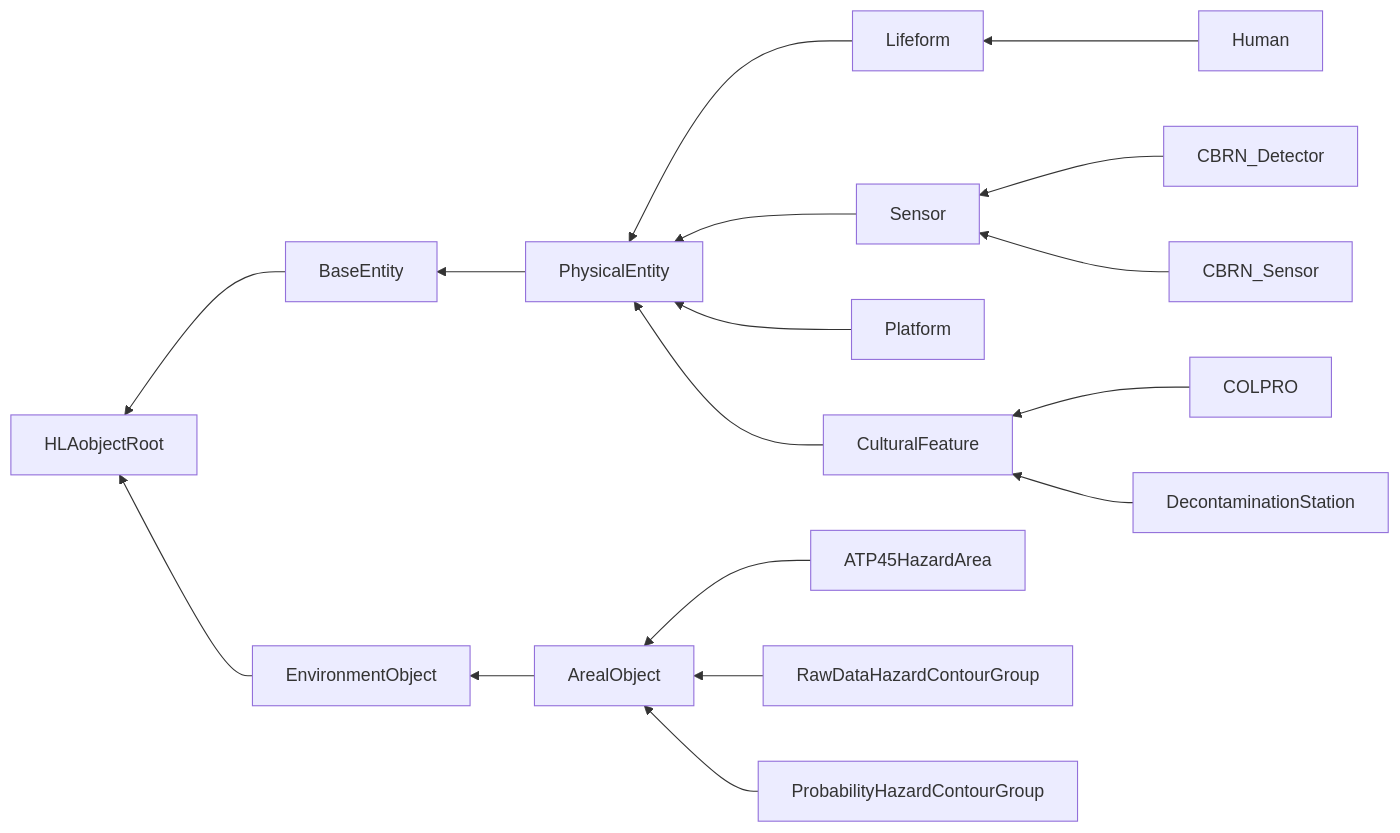
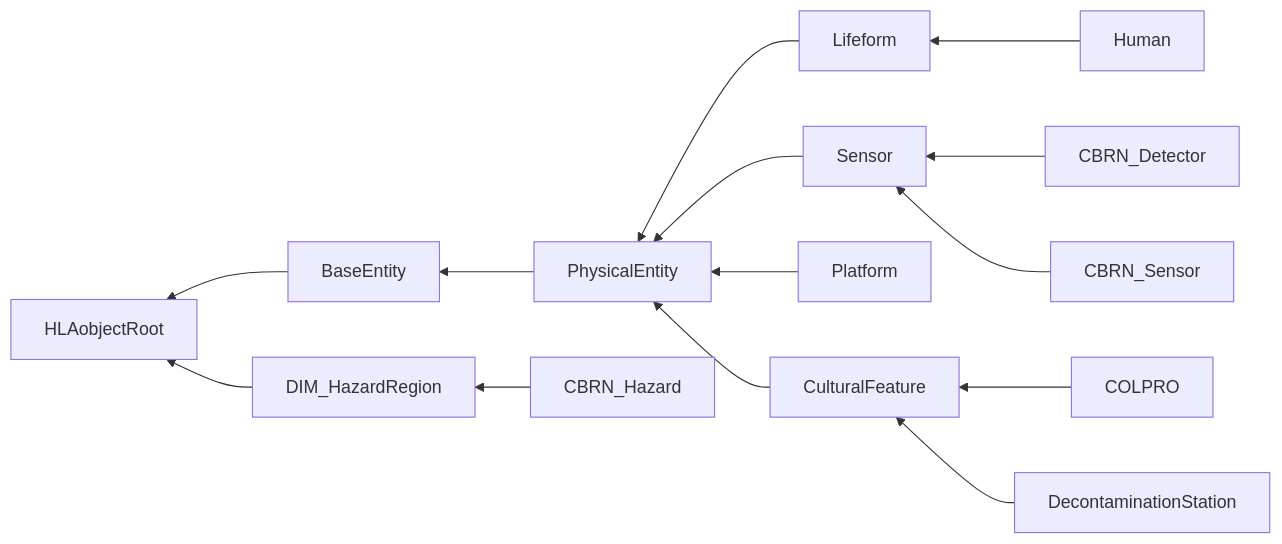
One commit to AMSP-04/NETN-CBRN changed the fourth of 5 diagrams in NETN-CBRN.md. Above: the diagram before and after it, drawn with Mermaid. The commit also changed other lines of this file and 1 other file, not shown here.

````diff
--- a/NETN-CBRN.md
+++ b/NETN-CBRN.md
@@ -217,19 +205,16 @@
 ```mermaid
 graph RL
 BaseEntity-->HLAobjectRoot
-EnvironmentObject-->HLAobjectRoot
+DIM_HazardRegion-->HLAobjectRoot
 PhysicalEntity-->BaseEntity
 Lifeform-->PhysicalEntity
 Sensor-->PhysicalEntity
 Platform-->PhysicalEntity
 CulturalFeature-->PhysicalEntity
 Human-->Lifeform
 CBRN_Detector-->Sensor
 CBRN_Sensor-->Sensor
 COLPRO-->CulturalFeature
 DecontaminationStation-->CulturalFeature
-ArealObject-->EnvironmentObject
-ATP45HazardArea-->ArealObject
-RawDataHazardContourGroup-->ArealObject
-ProbabilityHazardContourGroup-->ArealObject
+CBRN_Hazard-->DIM_HazardRegion
 ```
````
